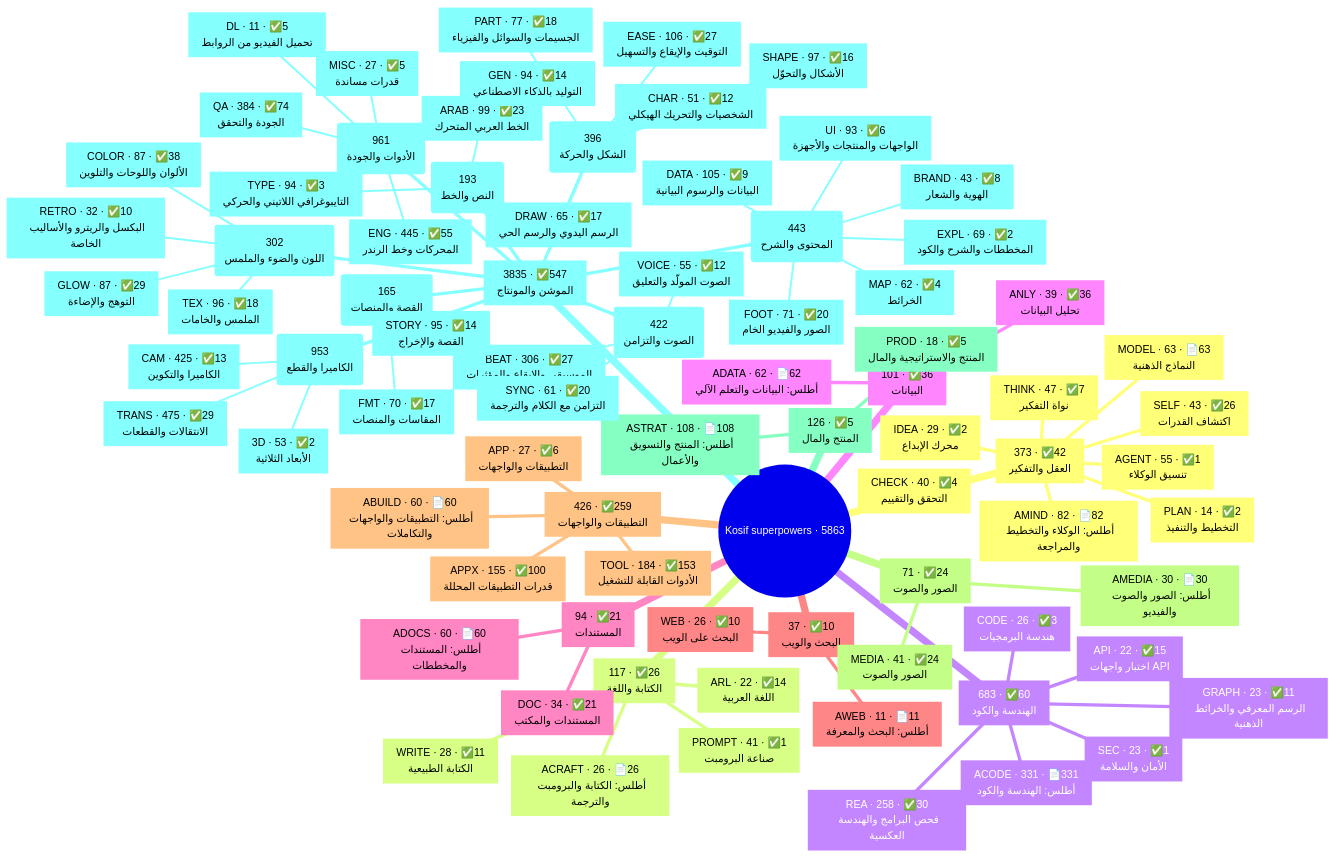
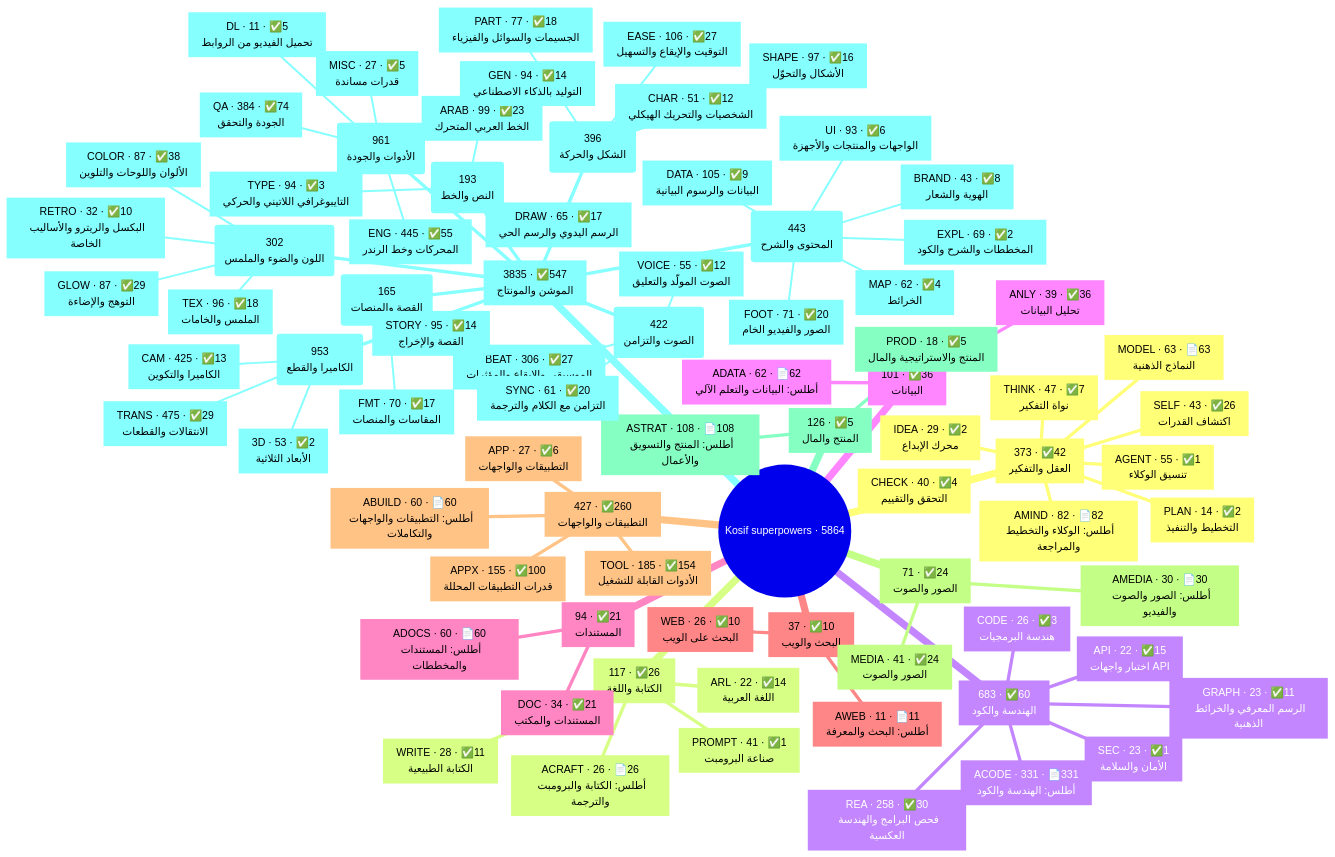
Before and after one commit to kosif199022-jpg/kosif-tool: the first of 2 diagrams in .claude/skills/kosif-superpowers/references/capability-map.md, drawn with Mermaid. The commit also changed other lines of this file and 46 other files, not shown here.

````diff
--- a/.claude/skills/kosif-superpowers/references/capability-map.md
+++ b/.claude/skills/kosif-superpowers/references/capability-map.md
@@ -18,6 +18,6 @@
 ```mermaid
 mindmap
-  root((Kosif superpowers · 5863))
+  root((Kosif superpowers · 5864))
     n1["`373 · ✅42
 العقل والتفكير`"]
       n2["`AMIND · 82 · 📄82
@@ -78,9 +78,9 @@
 البحث على الويب`"]
       n30["`AWEB · 11 · 📄11
 أطلس: البحث والمعرفة`"]
-    n31["`426 · ✅259
+    n31["`427 · ✅260
 التطبيقات والواجهات`"]
-      n32["`TOOL · 184 · ✅153
+      n32["`TOOL · 185 · ✅154
 الأدوات القابلة للتشغيل`"]
       n33["`APPX · 155 · ✅100
 قدرات التطبيقات المحللة`"]
````
